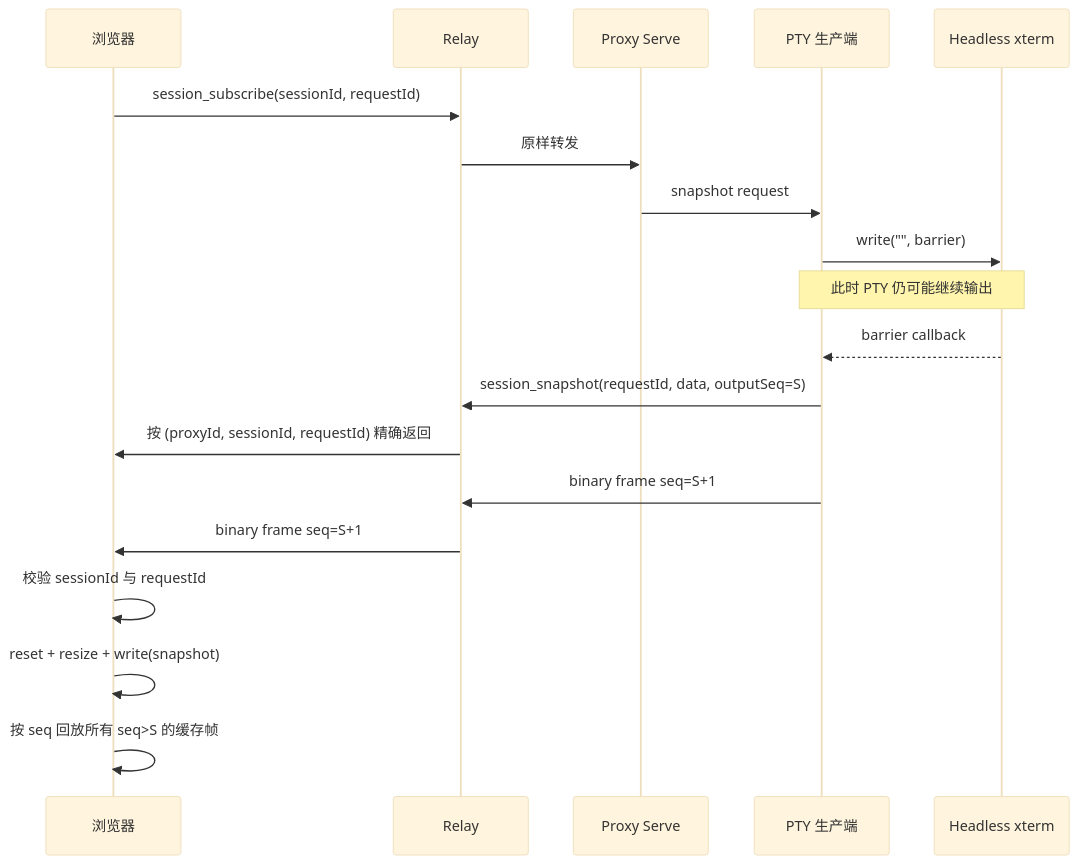
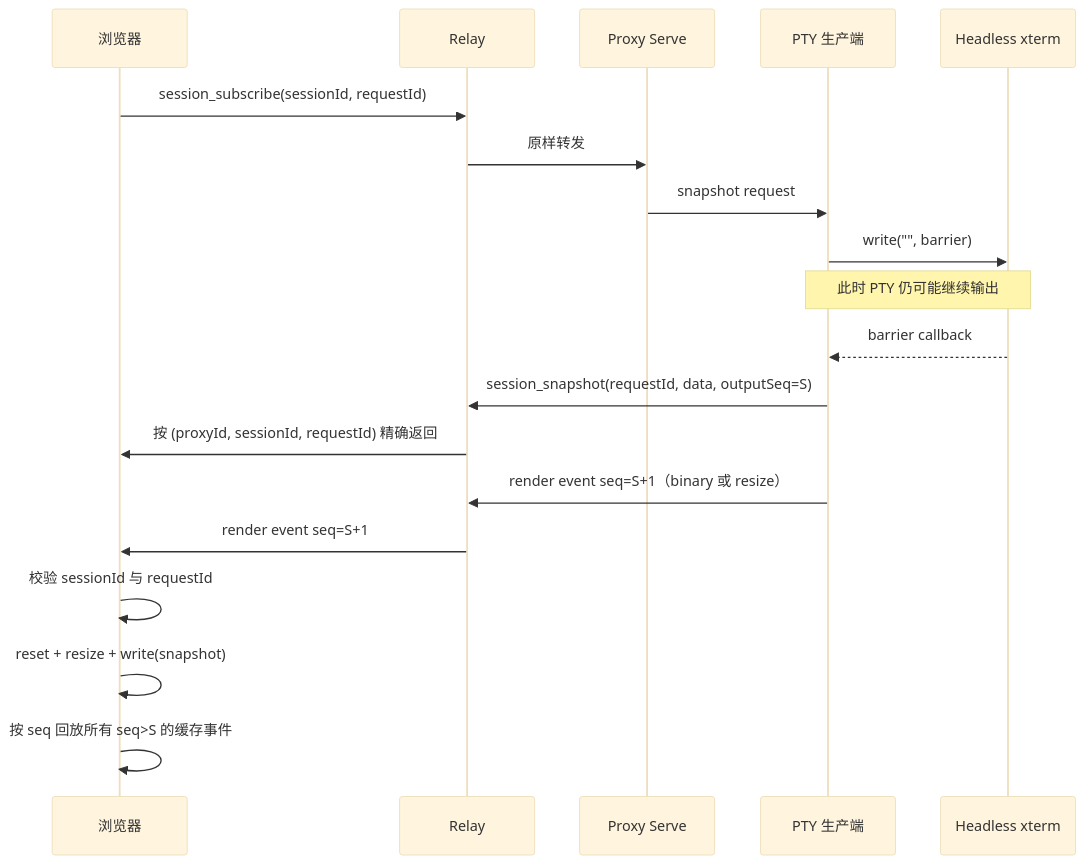
Before and after one commit to lichenxicatapple-blip/dev-anywhere: the third of 5 diagrams in docs/PTY-NETWORK-SYNC.md, drawn with Mermaid (base theme). The commit also changed other lines of this file and 62 other files, not shown here.

````diff
--- a/docs/PTY-NETWORK-SYNC.md
+++ b/docs/PTY-NETWORK-SYNC.md
@@ -162,25 +203,25 @@
 ```mermaid
 sequenceDiagram
   participant Web as 浏览器
   participant Relay
   participant Serve as Proxy Serve
   participant Producer as PTY 生产端
   participant Xterm as Headless xterm
 
   Web->>Relay: session_subscribe(sessionId, requestId)
   Relay->>Serve: 原样转发
   Serve->>Producer: snapshot request
 
   Producer->>Xterm: write("", barrier)
   Note over Producer,Xterm: 此时 PTY 仍可能继续输出
   Xterm-->>Producer: barrier callback
   Producer->>Relay: session_snapshot(requestId, data, outputSeq=S)
   Relay->>Web: 按 (proxyId, sessionId, requestId) 精确返回
 
-  Producer->>Relay: binary frame seq=S+1
-  Relay->>Web: binary frame seq=S+1
+  Producer->>Relay: render event seq=S+1（binary 或 resize）
+  Relay->>Web: render event seq=S+1
 
   Web->>Web: 校验 sessionId 与 requestId
   Web->>Web: reset + resize + write(snapshot)
-  Web->>Web: 按 seq 回放所有 seq>S 的缓存帧
+  Web->>Web: 按 seq 回放所有 seq>S 的缓存事件
 ```
````
